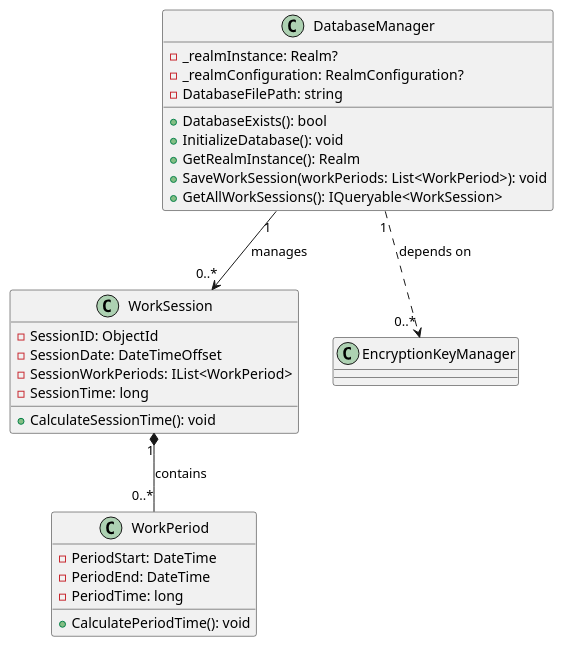
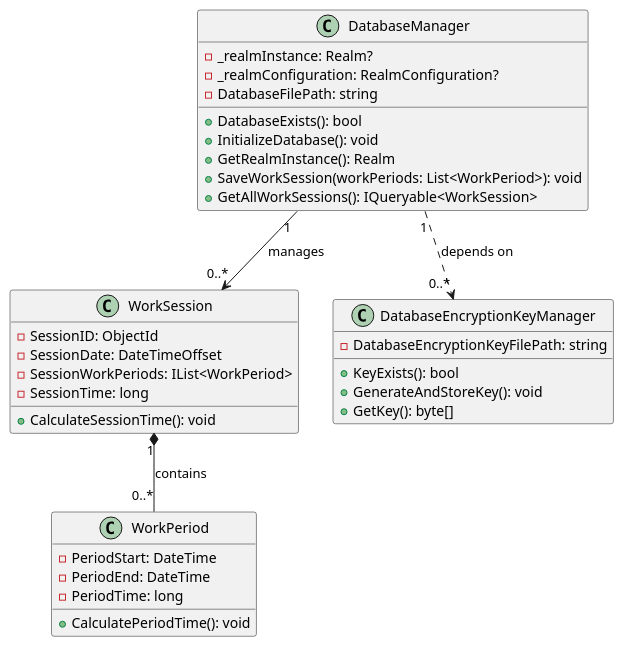
The diagram in README.md (Kalkalax/TimeHub), drawn with PlantUML before and after one commit. The commit also changed 13 other files, not shown here.

```diff
--- a/README.md
+++ b/README.md
@@ -3,35 +3,43 @@
 @startuml
 ' Klasa DatabaseManager
 class DatabaseManager {
     - _realmInstance: Realm?
     - _realmConfiguration: RealmConfiguration?
     - DatabaseFilePath: string
     + DatabaseExists(): bool
     + InitializeDatabase(): void
     + GetRealmInstance(): Realm
     + SaveWorkSession(workPeriods: List<WorkPeriod>): void
     + GetAllWorkSessions(): IQueryable<WorkSession>
 }
 
 ' Klasa WorkSession
 class WorkSession {
     - SessionID: ObjectId
     - SessionDate: DateTimeOffset
     - SessionWorkPeriods: IList<WorkPeriod>
     - SessionTime: long
     + CalculateSessionTime(): void
 }
 
 ' Klasa WorkPeriod
 class WorkPeriod {
     - PeriodStart: DateTime
     - PeriodEnd: DateTime
     - PeriodTime: long
     + CalculatePeriodTime(): void
 }
 
+' Klasa DatabaseEncryptionKeyManager
+class DatabaseEncryptionKeyManager {
+    - DatabaseEncryptionKeyFilePath: string
+    + KeyExists(): bool
+    + GenerateAndStoreKey(): void
+    + GetKey(): byte[]
+}
+
 ' Relacje
 DatabaseManager "1" --> "0..*" WorkSession : "manages"
 WorkSession "1" *-- "0..*" WorkPeriod : "contains"
-DatabaseManager "1" ..> "0..*" EncryptionKeyManager : "depends on"
+DatabaseManager "1" ..> "0..*" DatabaseEncryptionKeyManager : "depends on"
 @enduml
```
